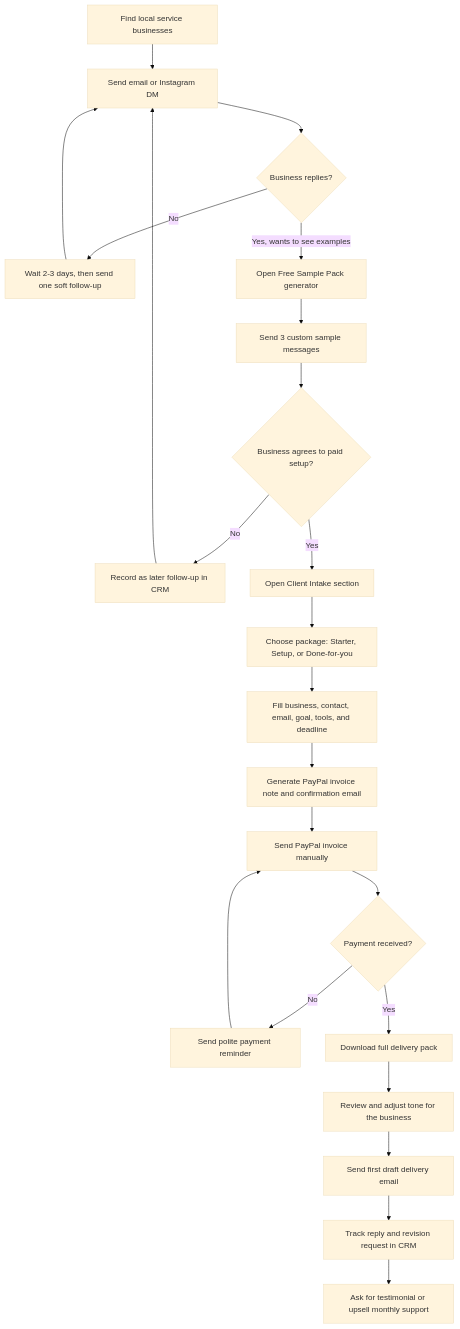
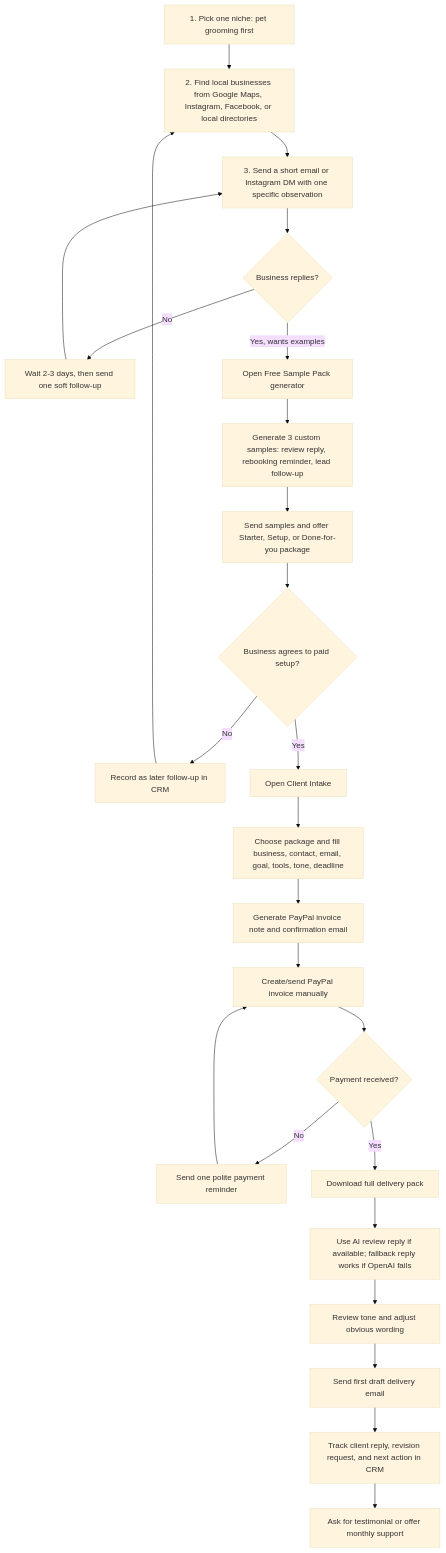
The diagram in sales/usage-flow.md (masonmaiii21-debug/local-retention-kit), drawn with Mermaid (base theme) before and after one commit. The commit also changed other lines of this file and 2 other files, not shown here.

Commit message:
Document project completion flow

````diff
--- a/sales/usage-flow.md
+++ b/sales/usage-flow.md
@@ -5,25 +5,27 @@
 ```mermaid
 flowchart TD
-  A["Find local service businesses"] --> B["Send email or Instagram DM"]
-  B --> C{"Business replies?"}
-  C -- "No" --> D["Wait 2-3 days, then send one soft follow-up"]
-  D --> B
-  C -- "Yes, wants to see examples" --> E["Open Free Sample Pack generator"]
-  E --> F["Send 3 custom sample messages"]
-  F --> G{"Business agrees to paid setup?"}
-  G -- "No" --> H["Record as later follow-up in CRM"]
-  H --> B
-  G -- "Yes" --> I["Open Client Intake section"]
-  I --> J["Choose package: Starter, Setup, or Done-for-you"]
-  J --> K["Fill business, contact, email, goal, tools, and deadline"]
-  K --> L["Generate PayPal invoice note and confirmation email"]
-  L --> M["Send PayPal invoice manually"]
-  M --> N{"Payment received?"}
-  N -- "No" --> O["Send polite payment reminder"]
-  O --> M
-  N -- "Yes" --> P["Download full delivery pack"]
-  P --> Q["Review and adjust tone for the business"]
-  Q --> R["Send first draft delivery email"]
-  R --> S["Track reply and revision request in CRM"]
-  S --> T["Ask for testimonial or upsell monthly support"]
+  A["1. Pick one niche: pet grooming first"] --> B["2. Find local businesses from Google Maps, Instagram, Facebook, or local directories"]
+  B --> C["3. Send a short email or Instagram DM with one specific observation"]
+  C --> D{"Business replies?"}
+  D -- "No" --> E["Wait 2-3 days, then send one soft follow-up"]
+  E --> C
+  D -- "Yes, wants examples" --> F["Open Free Sample Pack generator"]
+  F --> G["Generate 3 custom samples: review reply, rebooking reminder, lead follow-up"]
+  G --> H["Send samples and offer Starter, Setup, or Done-for-you package"]
+  H --> I{"Business agrees to paid setup?"}
+  I -- "No" --> J["Record as later follow-up in CRM"]
+  J --> B
+  I -- "Yes" --> K["Open Client Intake"]
+  K --> L["Choose package and fill business, contact, email, goal, tools, tone, deadline"]
+  L --> M["Generate PayPal invoice note and confirmation email"]
+  M --> N["Create/send PayPal invoice manually"]
+  N --> O{"Payment received?"}
+  O -- "No" --> P["Send one polite payment reminder"]
+  P --> N
+  O -- "Yes" --> Q["Download full delivery pack"]
+  Q --> R["Use AI review reply if available; fallback reply works if OpenAI fails"]
+  R --> S["Review tone and adjust obvious wording"]
+  S --> T["Send first draft delivery email"]
+  T --> U["Track client reply, revision request, and next action in CRM"]
+  U --> V["Ask for testimonial or offer monthly support"]
 ```
````
